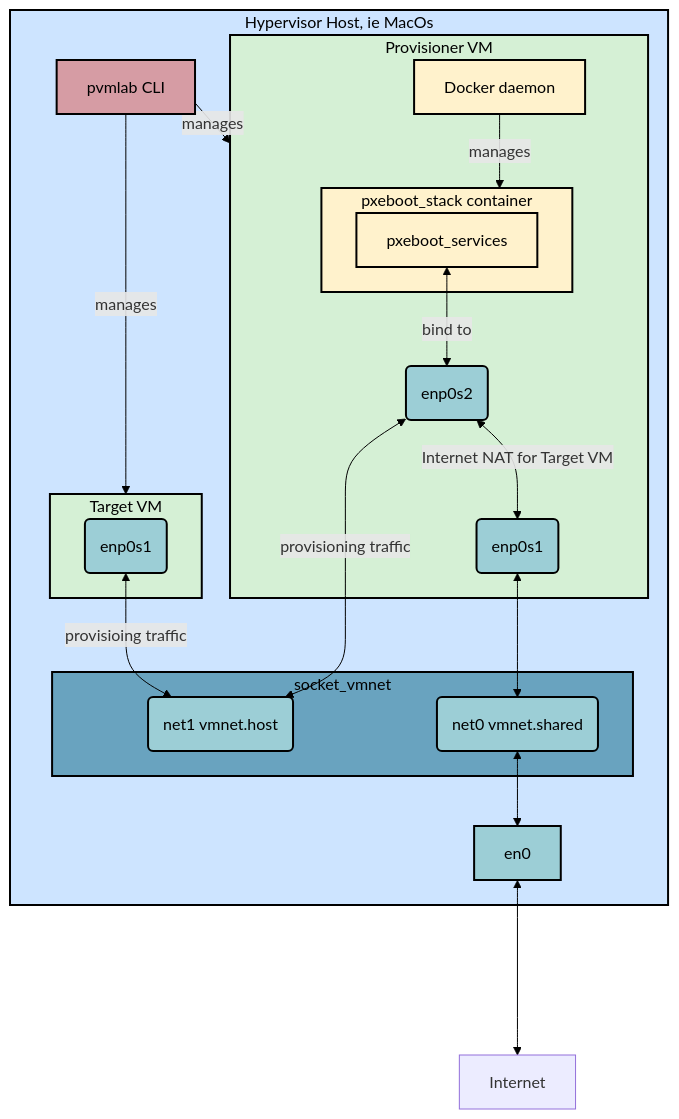
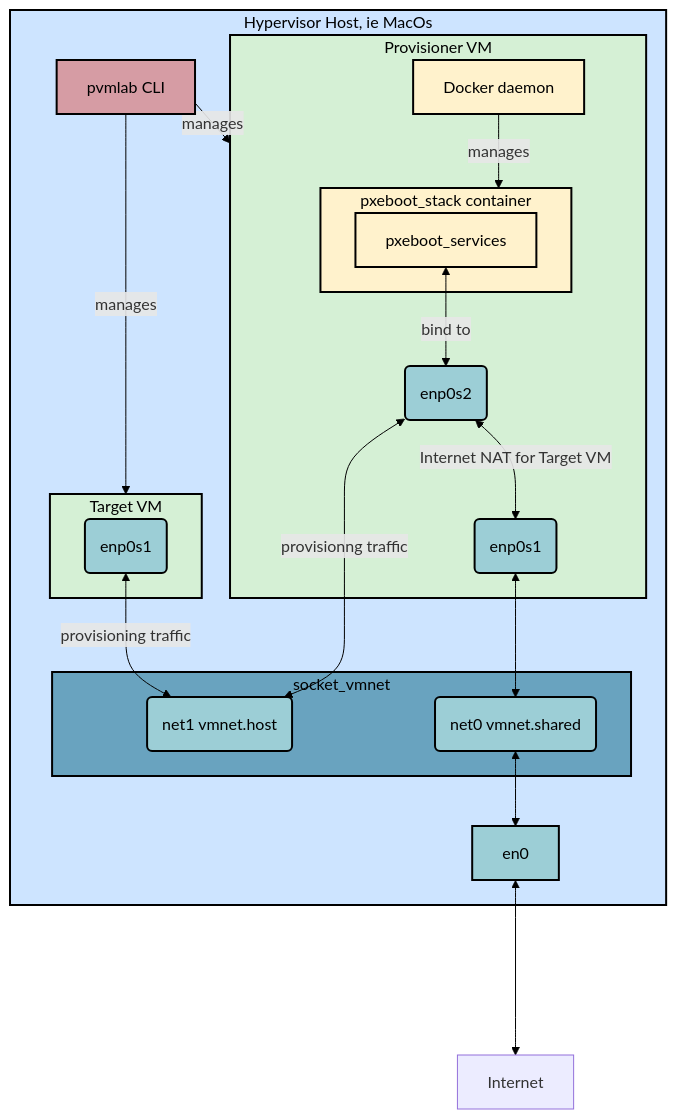
The diagram in README.md (pallotron/pvmlab), drawn with Mermaid before and after one commit. The commit also changed 1 other file, not shown here.

Commit message:
make file changes + README.md typos

````diff
--- a/README.md
+++ b/README.md
@@ -21,52 +21,52 @@
 ```mermaid
 graph TD
 %% Define style classes for different components
 classDef hostStyle fill:#cde4ff,stroke:black,stroke-width:2px,color:#000
 classDef vmStyle fill:#d5f0d5,stroke:black,stroke-width:2px,color:#000
 classDef dockerStyle fill:#fff2cc,stroke:black,stroke-width:2px,color:#000
 classDef interfaceStyle fill:#9cced6,stroke:black,stroke-width:2px,color:#000
 classDef cliStyle fill:#d69ca4,stroke:black,stroke-width:2px,color:#000
 classDef socketVmnetStyle fill:#69a3bf,stroke:black,stroke-width:2px,color:#000
 
 subgraph H [Hypervisor Host, ie MacOs]
     cli[pvmlab CLI]
     en0
     subgraph V [Provisioner VM]
         provisioner_vm_enp0s1(enp0s1)
         provisioner_vm_enp0s2(enp0s2)
         Docker[Docker daemon]
         subgraph "pxeboot_stack" [pxeboot_stack container]
             pxeboot_services
         end
     end
     subgraph T [Target VM]
         target_vm_enp0s1(enp0s1)
     end
     subgraph N [socket_vmnet]
         virtual_net1_private(net1 vmnet.host)
         virtual_net0_shared(net0 vmnet.shared)
     end
 end
 
 
 en0 <----> Internet
 Docker -- manages --> pxeboot_stack
 provisioner_vm_enp0s1 <--> virtual_net0_shared
-provisioner_vm_enp0s2 <-- provisioning traffic --> virtual_net1_private
+provisioner_vm_enp0s2 <-- provisionng traffic --> virtual_net1_private
 provisioner_vm_enp0s2 <-- Internet NAT for Target VM --> provisioner_vm_enp0s1
-target_vm_enp0s1 <-- provisioing traffic --> virtual_net1_private
+target_vm_enp0s1 <-- provisioning traffic --> virtual_net1_private
 pxeboot_services <-- bind to --> provisioner_vm_enp0s2
 virtual_net0_shared <--> en0
 cli -- manages --> V
 cli -- manages --> T
 
 
 %% Apply the defined classes to the nodes
 class H hostStyle
 class pxeboot_stack,Docker,pxeboot_services dockerStyle
 class V,T vmStyle
 class target_vm_enp0s1,provisioner_vm_enp0s1,provisioner_vm_enp0s2,provisioner_vm_enp0s3,en0,virtual_net0_shared,virtual_net1_private interfaceStyle
 class cli cliStyle
 class N socketVmnetStyle
 linkStyle default stroke:black
 ```
````
